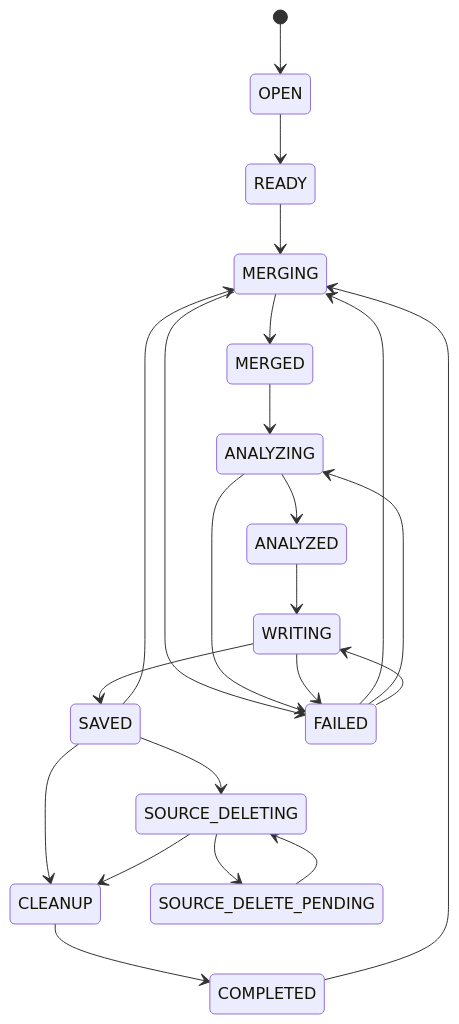
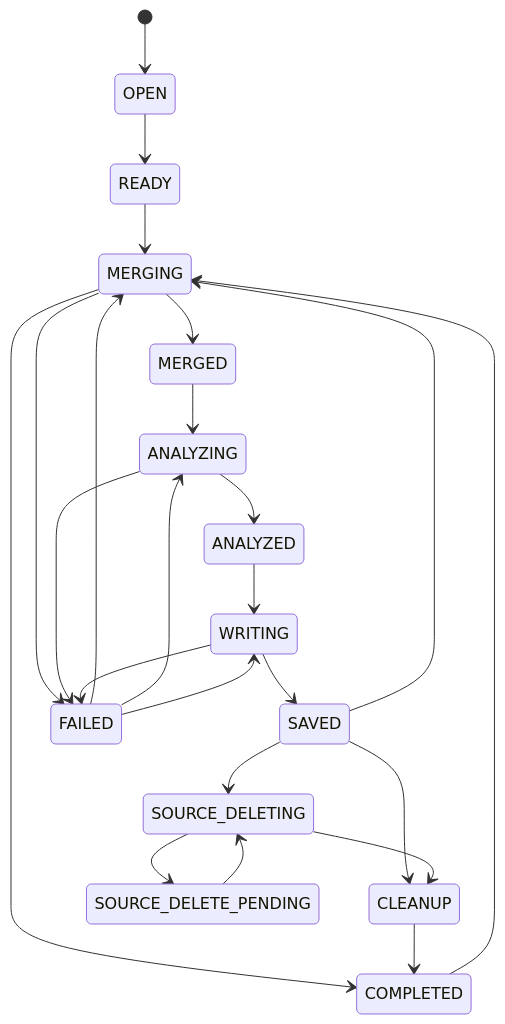
One commit to shinsuke-terada/voicedock changed the third of 3 diagrams in docs/SPEC.md. Above: the diagram before and after it, drawn with Mermaid. The commit also changed other lines of this file and 6 other files, not shown here.

````diff
--- a/docs/SPEC.md
+++ b/docs/SPEC.md
@@ -1521,26 +1523,27 @@
 ```mermaid
 stateDiagram-v2
     [*] --> OPEN
     OPEN --> READY
     READY --> MERGING
     MERGING --> MERGED
+    MERGING --> COMPLETED
     MERGED --> ANALYZING
     ANALYZING --> ANALYZED
     ANALYZED --> WRITING
     WRITING --> SAVED
     SAVED --> MERGING
     SAVED --> SOURCE_DELETING
     SAVED --> CLEANUP
     SOURCE_DELETING --> CLEANUP
     SOURCE_DELETING --> SOURCE_DELETE_PENDING
     SOURCE_DELETE_PENDING --> SOURCE_DELETING
     CLEANUP --> COMPLETED
     COMPLETED --> MERGING
 
     MERGING --> FAILED
     ANALYZING --> FAILED
     WRITING --> FAILED
     FAILED --> MERGING
     FAILED --> ANALYZING
     FAILED --> WRITING
 ```
````
